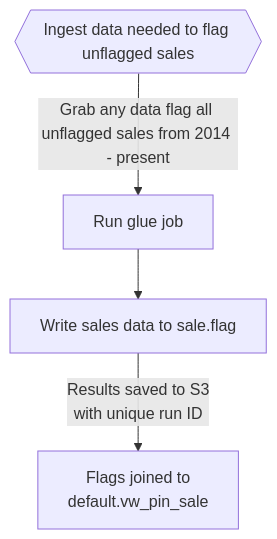
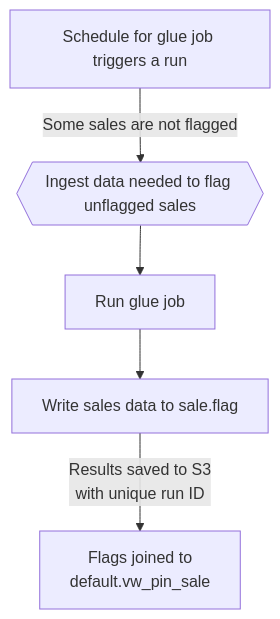
One commit to ccao-data/model-sales-val changed the second of 3 diagrams in README.md. Above: the diagram before and after it, drawn with Mermaid.

Commit message:
Edit mermaid diagram

````diff
--- a/README.md
+++ b/README.md
@@ -57,16 +57,18 @@
 ```mermaid
 
 graph TD
 
-    A{{Ingest data needed to flag unflagged sales}}
-    B[Run glue job]
+    A[Schedule for glue job triggers a run]
+    B{{Ingest data needed to flag unflagged sales}}
+    C[Run glue job]
 
-    C[Write sales data to sale.flag]
-    D[Flags joined to<br>default.vw_pin_sale]
+    D[Write sales data to sale.flag]
+    E[Flags joined to<br>default.vw_pin_sale]
 
-    A -- Grab any data flag all unflagged sales from 2014 - present --> B
+    A -- Some sales are not flagged --> B
     B --> C
-    C -- Results saved to S3<br>with unique run ID --> D
+    C --> D
+    D -- Results saved to S3<br>with unique run ID --> E
 
 
 ```
````
